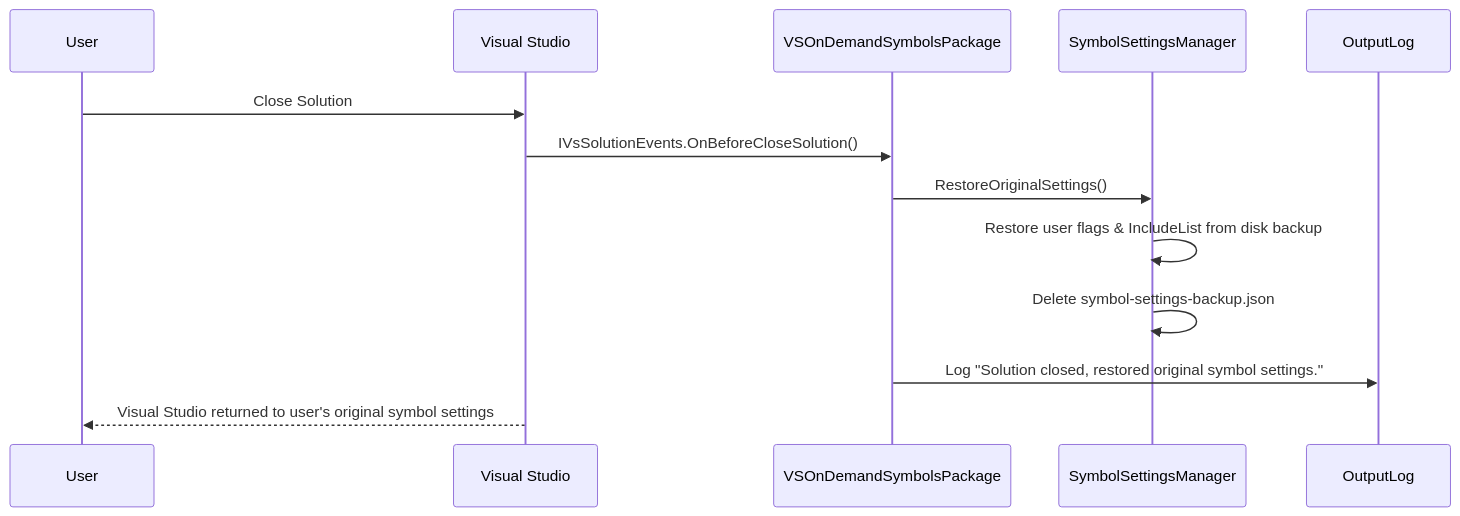
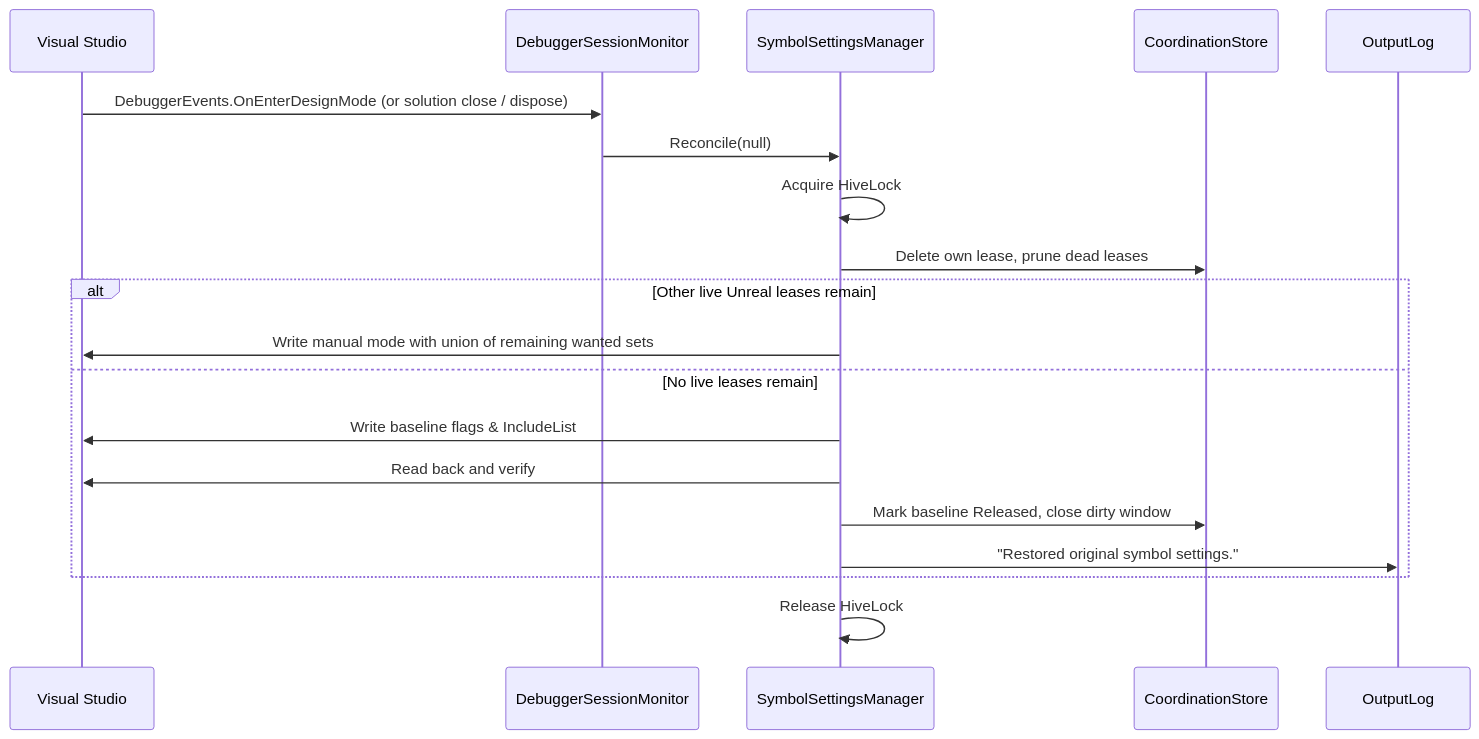
One commit to mattshepcar/VSOnDemandSymbols changed the fifth of 6 diagrams in docs/ARCHITECTURE.md. Above: the diagram before and after it, drawn with Mermaid. The commit also changed other lines of this file and 5 other files, not shown here.

````diff
--- a/docs/ARCHITECTURE.md
+++ b/docs/ARCHITECTURE.md
@@ -206,16 +226,22 @@
 ```mermaid
 sequenceDiagram
-    participant User
     participant VS as Visual Studio
-    participant Pkg as VSOnDemandSymbolsPackage
+    participant DSM as DebuggerSessionMonitor
     participant SSM as SymbolSettingsManager
+    participant Store as CoordinationStore
     participant Log as OutputLog
 
-    User->>VS: Close Solution
-    VS->>Pkg: IVsSolutionEvents.OnBeforeCloseSolution()
-    Pkg->>SSM: RestoreOriginalSettings()
-    SSM->>SSM: Restore user flags & IncludeList from disk backup
-    SSM->>SSM: Delete symbol-settings-backup.json
-    Pkg->>Log: Log "Solution closed, restored original symbol settings."
-    VS-->>User: Visual Studio returned to user's original symbol settings
+    VS->>DSM: DebuggerEvents.OnEnterDesignMode (or solution close / dispose)
+    DSM->>SSM: Reconcile(null)
+    SSM->>SSM: Acquire HiveLock
+    SSM->>Store: Delete own lease, prune dead leases
+    alt Other live Unreal leases remain
+        SSM->>VS: Write manual mode with union of remaining wanted sets
+    else No live leases remain
+        SSM->>VS: Write baseline flags & IncludeList
+        SSM->>VS: Read back and verify
+        SSM->>Store: Mark baseline Released, close dirty window
+        SSM->>Log: "Restored original symbol settings."
+    end
+    SSM->>SSM: Release HiveLock
 ```
````
